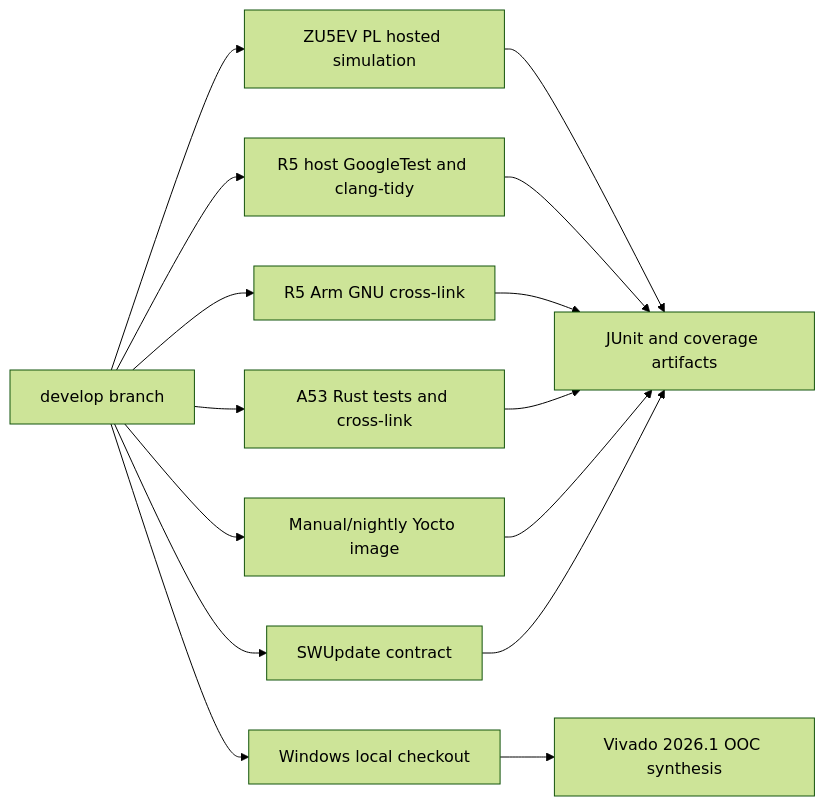
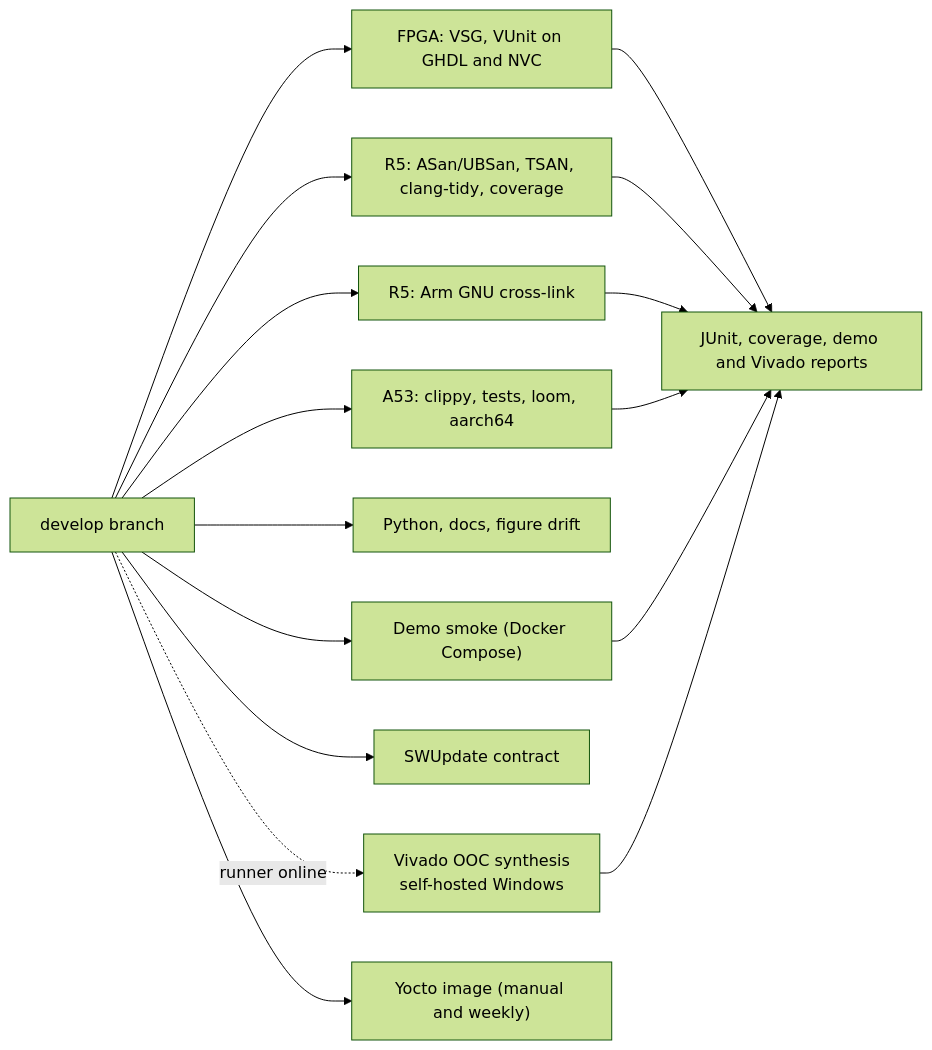
Before and after one commit to ps-chong/hft-toy-project: the diagram in docs/architecture/build-ci.md, drawn with Mermaid (forest theme). The commit also changed other lines of this file and 74 other files, not shown here.

First line of the commit message:
docs: README with figures, workflow guides and refreshed architecture

````diff
--- a/docs/architecture/build-ci.md
+++ b/docs/architecture/build-ci.md
@@ -5,17 +5,18 @@
 ```mermaid
 flowchart LR
-    Source["develop branch"] --> FPGA["ZU5EV PL hosted simulation"]
-    Source --> R5Host["R5 host GoogleTest and clang-tidy"]
-    Source --> R5Cross["R5 Arm GNU cross-link"]
-    Source --> Rust["A53 Rust tests and cross-link"]
-    Source --> Yocto["Manual/nightly Yocto image"]
+    Source["develop branch"] --> FPGA["FPGA: VSG, VUnit on GHDL and NVC"]
+    Source --> R5Host["R5: ASan/UBSan, TSAN, clang-tidy, coverage"]
+    Source --> R5Cross["R5: Arm GNU cross-link"]
+    Source --> Rust["A53: clippy, tests, loom, aarch64"]
+    Source --> Quality["Python, docs, figure drift"]
+    Source --> Demo["Demo smoke (Docker Compose)"]
     Source --> SWU["SWUpdate contract"]
-    Source --> Windows["Windows local checkout"]
-    Windows --> Vivado["Vivado 2026.1 OOC synthesis"]
-    FPGA --> Reports["JUnit and coverage artifacts"]
+    Source -.->|"runner online"| Vivado["Vivado OOC synthesis<br/>self-hosted Windows"]
+    Source --> Yocto["Yocto image (manual and weekly)"]
+    FPGA --> Reports["JUnit, coverage, demo and Vivado reports"]
     R5Host --> Reports
     R5Cross --> Reports
     Rust --> Reports
-    Yocto --> Reports
-    SWU --> Reports
+    Demo --> Reports
+    Vivado --> Reports
 ```
````
